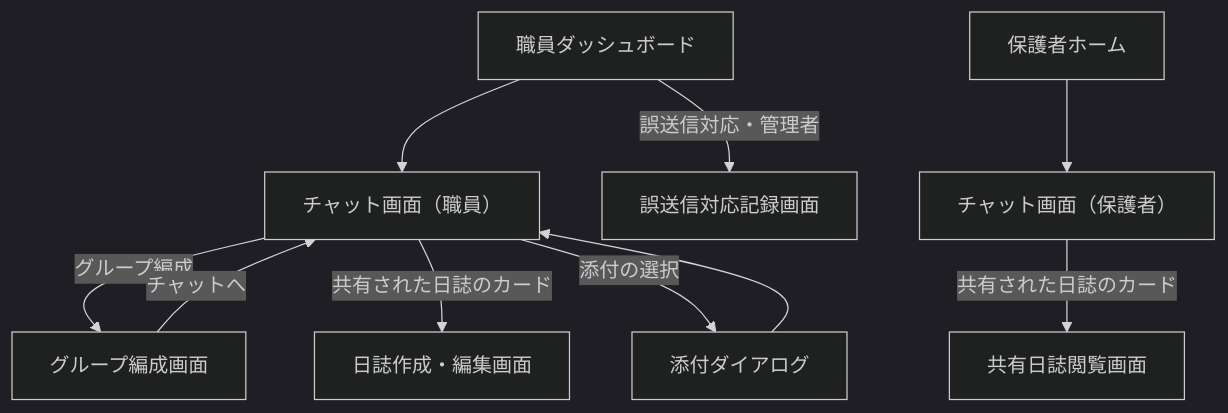
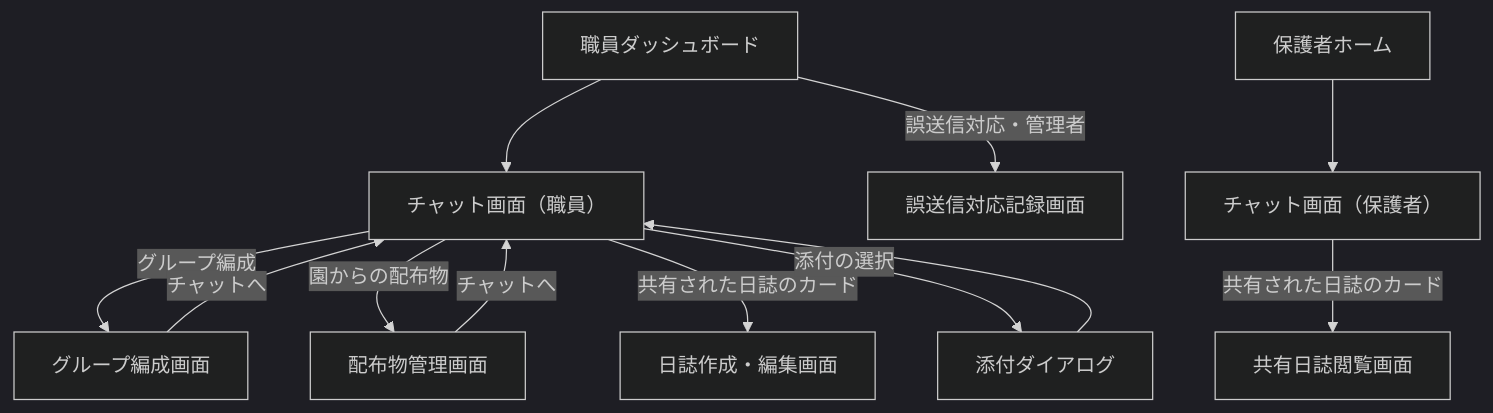
One commit to issei0423/sukusuku_system changed the fourth of 8 diagrams in 図/画面遷移図.md. Above: the diagram before and after it, drawn with Mermaid (dark theme). The commit also changed other lines of this file and 16 other files, not shown here.

First line of the commit message:
園からの配布物を要件定義書・基本設計書・図へ加えた

````diff
--- a/図/画面遷移図.md
+++ b/図/画面遷移図.md
@@ -196,12 +197,14 @@
 ```mermaid
 flowchart TD
     SD["職員ダッシュボード"] --> SCH["チャット画面（職員）"]
     SCH -->|グループ編成| GE["グループ編成画面"]
     GE -->|チャットへ| SCH
+    SCH -->|園からの配布物| HM["配布物管理画面"]
+    HM -->|チャットへ| SCH
     SCH -->|共有された日誌のカード| DE["日誌作成・編集画面"]
     SD -->|誤送信対応・管理者| MS["誤送信対応記録画面"]
     SCH -->|添付の選択| AT["添付ダイアログ"]
     AT --> SCH
     PH["保護者ホーム"] --> GCH["チャット画面（保護者）"]
     GCH -->|共有された日誌のカード| GD["共有日誌閲覧画面"]
 ```
````
